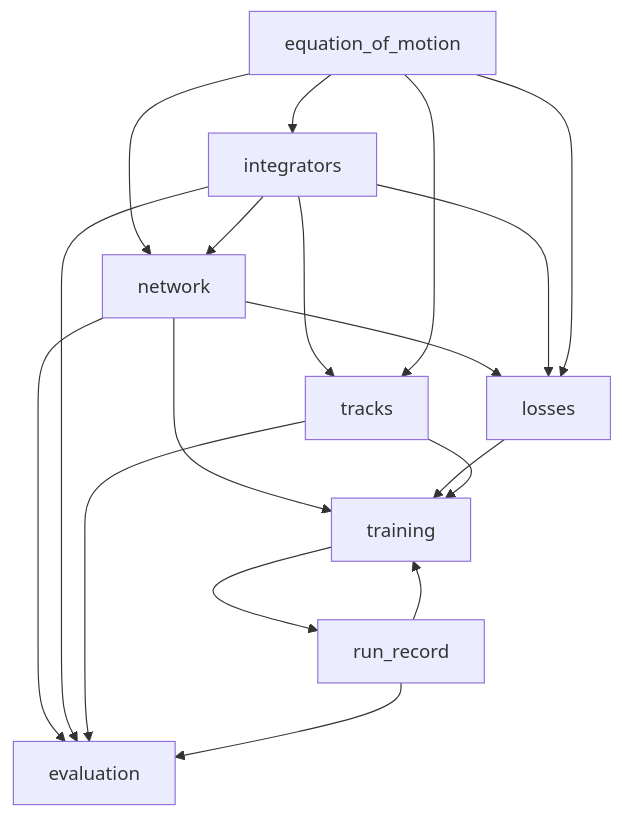
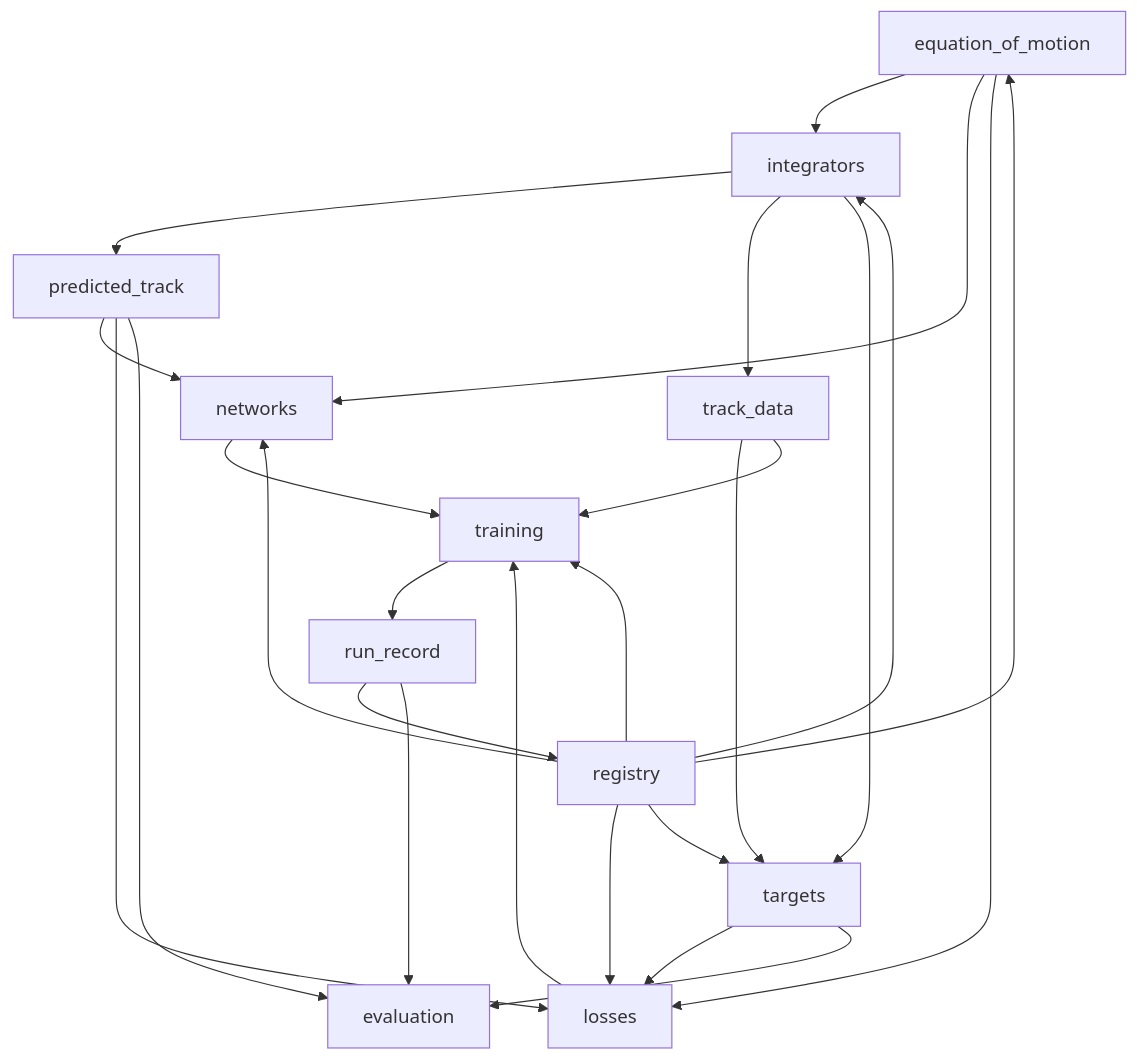
The fourth of 14 diagrams in RK_Pinn_module/PACKAGE_PLAN.md (GeorgeWilliam1999/LHCb-Extrapolation), drawn with Mermaid before and after one commit. The commit also changed other lines of this file and 21 other files, not shown here.

````diff
--- a/RK_Pinn_module/PACKAGE_PLAN.md
+++ b/RK_Pinn_module/PACKAGE_PLAN.md
@@ -244,29 +269,34 @@
 ```mermaid
 flowchart TB
     EOM["equation_of_motion"]
     INT["integrators"]
-    NET["network"]
+    PT["predicted_track"]
+    NET["networks"]
+    TGT["targets"]
     LOS["losses"]
-    TRK["tracks"]
+    TRK["track_data"]
     TRN["training"]
     EVA["evaluation"]
     REC["run_record"]
+    REG["registry"]
 
     EOM --> INT
+    INT --> PT
     EOM --> NET
-    INT --> NET
+    PT --> NET
+    PT --> LOS
+    PT --> EVA
+    EOM --> LOS
     INT --> TRK
-    EOM --> TRK
-    NET --> LOS
-    INT --> LOS
-    EOM --> LOS
+    TRK --> TGT
+    INT --> TGT
+    TGT --> LOS
+    TGT --> EVA
+    REG --> NET & LOS & TGT & EOM & INT & TRN
+    REC --> REG
     NET --> TRN
     LOS --> TRN
     TRK --> TRN
-    REC --> TRN
     TRN --> REC
-    NET --> EVA
-    INT --> EVA
-    TRK --> EVA
     REC --> EVA
 ```
````
